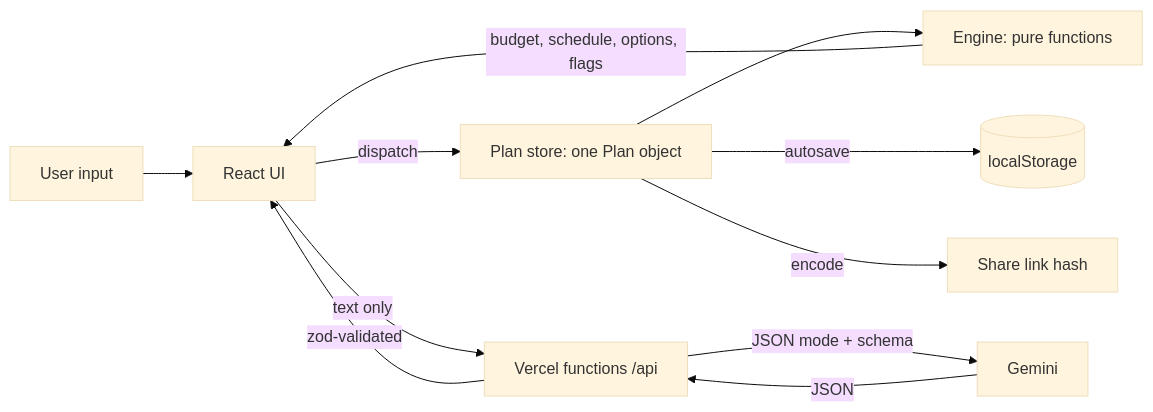
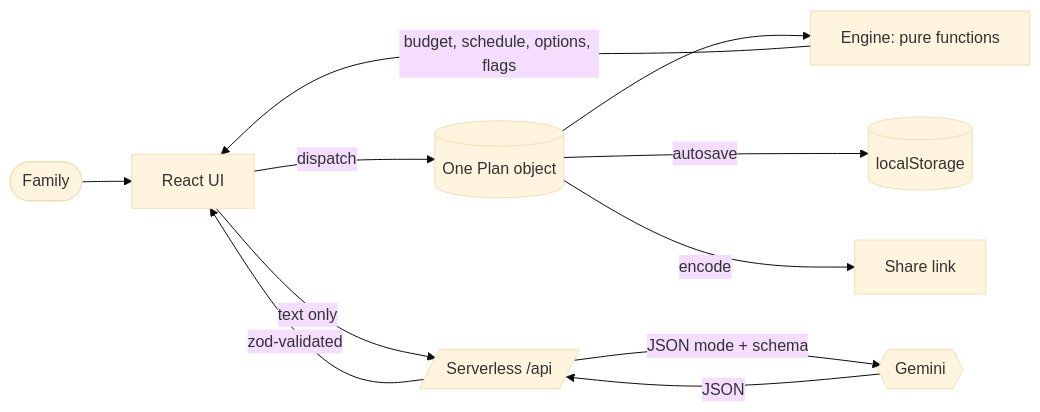
The second of 2 diagrams in README.md (akshayparihardev/Promptwars-Challenge-5), drawn with Mermaid (base theme) before and after one commit. The commit also changed other lines of this file and 1 other file, not shown here.

````diff
--- a/README.md
+++ b/README.md
@@ -50,13 +89,13 @@
 ```mermaid
 flowchart LR
-  U[User input] --> UI[React UI]
-  UI -->|dispatch| S[Plan store: one Plan object]
+  U([Family]) --> UI[React UI]
+  UI -->|dispatch| S[(One Plan object)]
   S --> E[Engine: pure functions]
   E -->|budget, schedule, options, flags| UI
-  UI -->|text only| API[Vercel functions /api]
-  API -->|JSON mode + schema| G[Gemini]
-  G -->|JSON| API
+  UI -->|text only| API[/Serverless /api/]
+  API -->|JSON mode + schema| M{{Gemini}}
+  M -->|JSON| API
   API -->|zod-validated| UI
   S -->|autosave| LS[(localStorage)]
-  S -->|encode| SL[Share link hash]
+  S -->|encode| SL[Share link]
 ```
````
